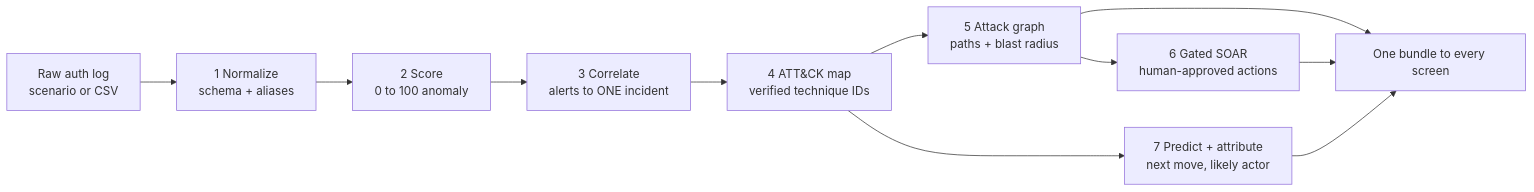
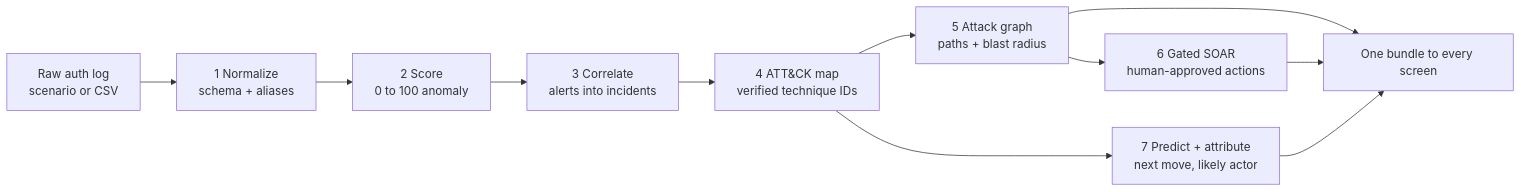
One commit to RishiiGamer2201/resilience-graph-ai changed the diagram in BRIEF.md. Above: the diagram before and after it, drawn with Mermaid. The commit also changed other lines of this file and 8 other files, not shown here.

First line of the commit message:
docs: the "one incident" story was the return shape, not a finding

````diff
--- a/BRIEF.md
+++ b/BRIEF.md
@@ -77,13 +77,13 @@
 ```mermaid
 flowchart LR
   A["Raw auth log<br/>scenario or CSV"] --> N["1 Normalize<br/>schema + aliases"]
   N --> S["2 Score<br/>0 to 100 anomaly"]
-  S --> C["3 Correlate<br/>alerts to ONE incident"]
+  S --> C["3 Correlate<br/>alerts into incidents"]
   C --> M["4 ATT&CK map<br/>verified technique IDs"]
   M --> G["5 Attack graph<br/>paths + blast radius"]
   G --> R["6 Gated SOAR<br/>human-approved actions"]
   M --> P["7 Predict + attribute<br/>next move, likely actor"]
   G --> OUT["One bundle to every screen"]
   R --> OUT
   P --> OUT
 ```
````
